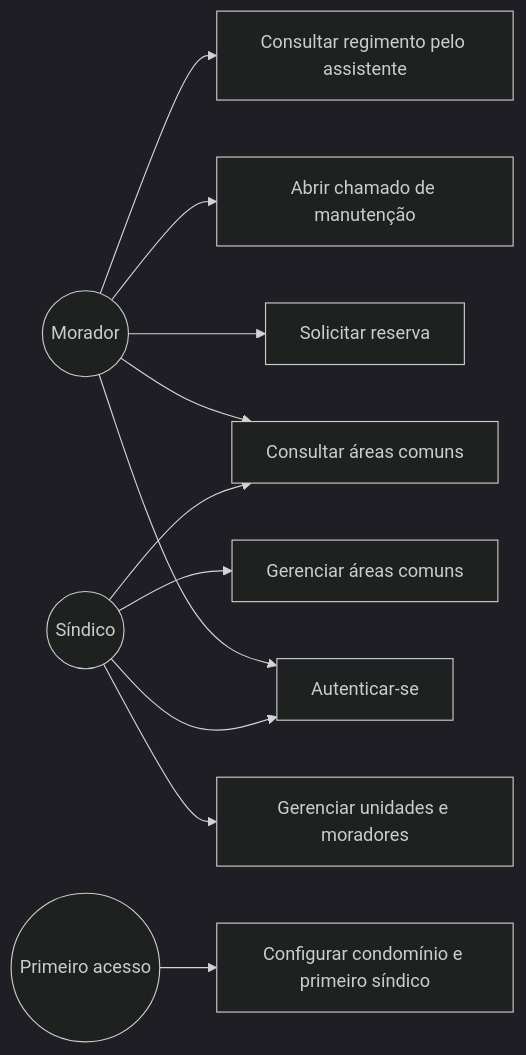
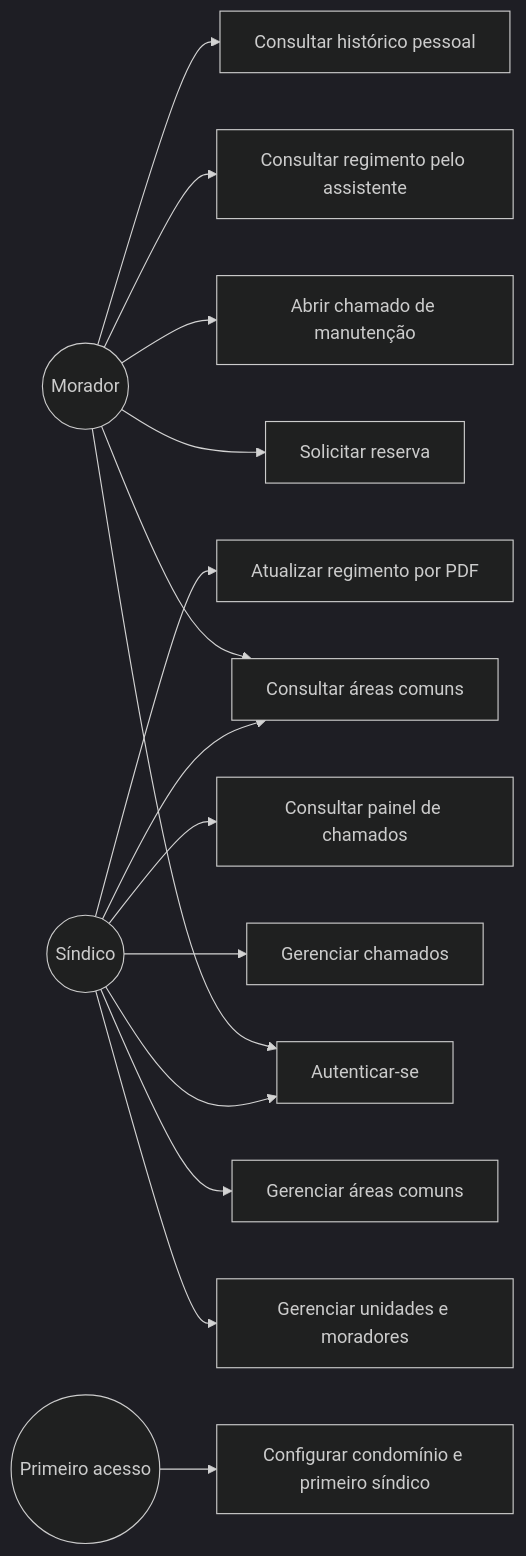
The first of 2 diagrams in docs/modelagem/e3a.md (marcus0milan/vivacondo), drawn with Mermaid (dark theme) before and after one commit. The commit also changed other lines of this file and 23 other files, not shown here.

````diff
--- a/docs/modelagem/e3a.md
+++ b/docs/modelagem/e3a.md
@@ -9,26 +9,34 @@
 ```mermaid
 flowchart LR
     Morador((Morador))
     Sindico((Síndico))
     Visitante((Primeiro acesso))
 
     UC1[Configurar condomínio e primeiro síndico]
     UC2[Autenticar-se]
     UC3[Gerenciar unidades e moradores]
     UC4[Gerenciar áreas comuns]
     UC5[Consultar áreas comuns]
     UC6[Solicitar reserva]
     UC7[Abrir chamado de manutenção]
     UC8[Consultar regimento pelo assistente]
+    UC9[Gerenciar chamados]
+    UC10[Consultar painel de chamados]
+    UC11[Atualizar regimento por PDF]
+    UC12[Consultar histórico pessoal]
 
     Visitante --> UC1
     Morador --> UC2
     Morador --> UC5
     Morador --> UC6
     Morador --> UC7
     Morador --> UC8
     Sindico --> UC2
     Sindico --> UC3
     Sindico --> UC4
     Sindico --> UC5
+    Sindico --> UC9
+    Sindico --> UC10
+    Sindico --> UC11
+    Morador --> UC12
 ```
````
